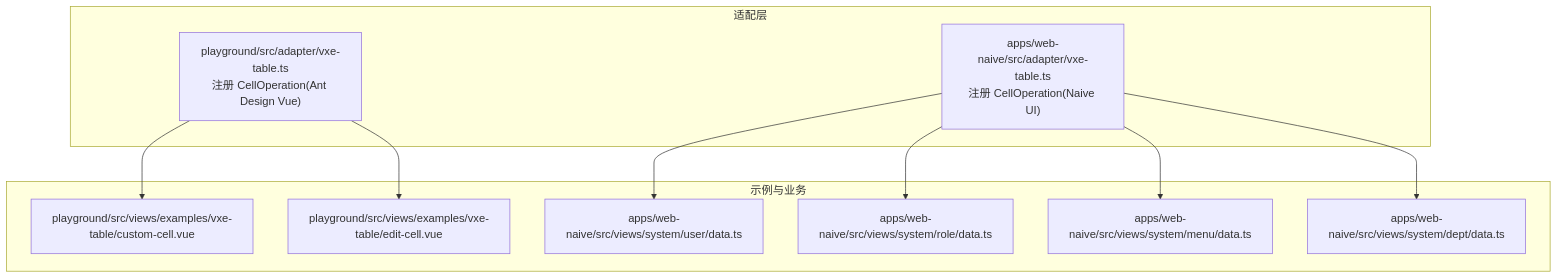
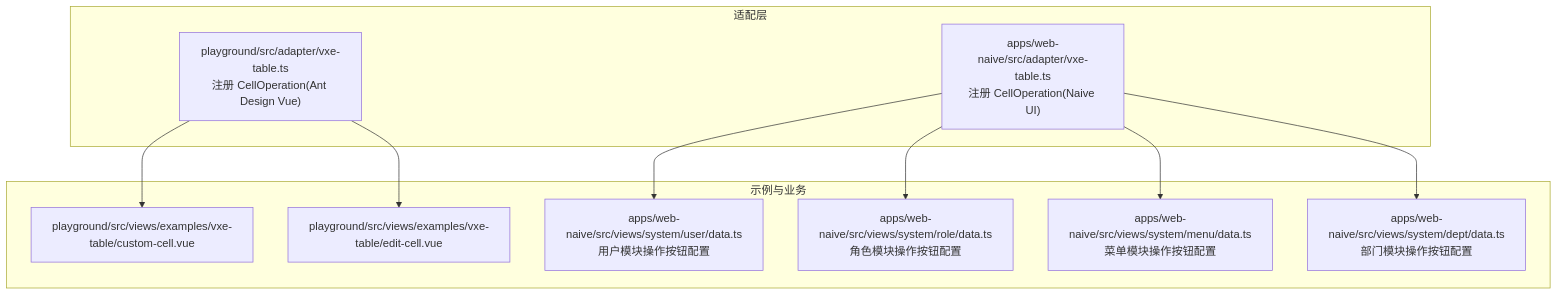
The first of 4 diagrams in .qoder/repowiki/zh/content/组件库/表格组件/操作按钮组件.md (ShiRuYu/shiyu-ui), drawn with Mermaid before and after one commit. The commit also changed other lines of this file and 37 other files, not shown here.

````diff
--- a/.qoder/repowiki/zh/content/组件库/表格组件/操作按钮组件.md
+++ b/.qoder/repowiki/zh/content/组件库/表格组件/操作按钮组件.md
@@ -42,21 +54,21 @@
 ```mermaid
 graph TB
 subgraph "适配层"
 P["playground/src/adapter/vxe-table.ts<br/>注册 CellOperation(Ant Design Vue)"]
 N["apps/web-naive/src/adapter/vxe-table.ts<br/>注册 CellOperation(Naive UI)"]
 end
 subgraph "示例与业务"
 C1["playground/src/views/examples/vxe-table/custom-cell.vue"]
 C2["playground/src/views/examples/vxe-table/edit-cell.vue"]
-U["apps/web-naive/src/views/system/user/data.ts"]
-R["apps/web-naive/src/views/system/role/data.ts"]
-M["apps/web-naive/src/views/system/menu/data.ts"]
-D["apps/web-naive/src/views/system/dept/data.ts"]
+U["apps/web-naive/src/views/system/user/data.ts<br/>用户模块操作按钮配置"]
+R["apps/web-naive/src/views/system/role/data.ts<br/>角色模块操作按钮配置"]
+M["apps/web-naive/src/views/system/menu/data.ts<br/>菜单模块操作按钮配置"]
+D["apps/web-naive/src/views/system/dept/data.ts<br/>部门模块操作按钮配置"]
 end
 P --> C1
 P --> C2
 N --> U
 N --> R
 N --> M
 N --> D
 ```
````
